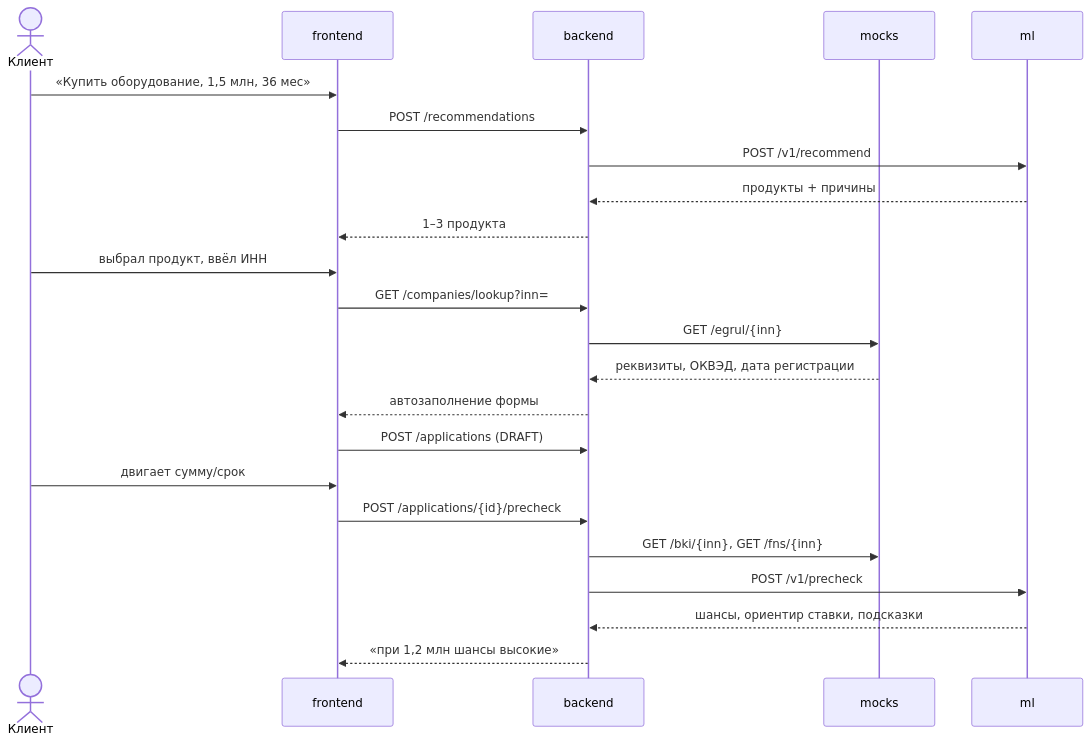
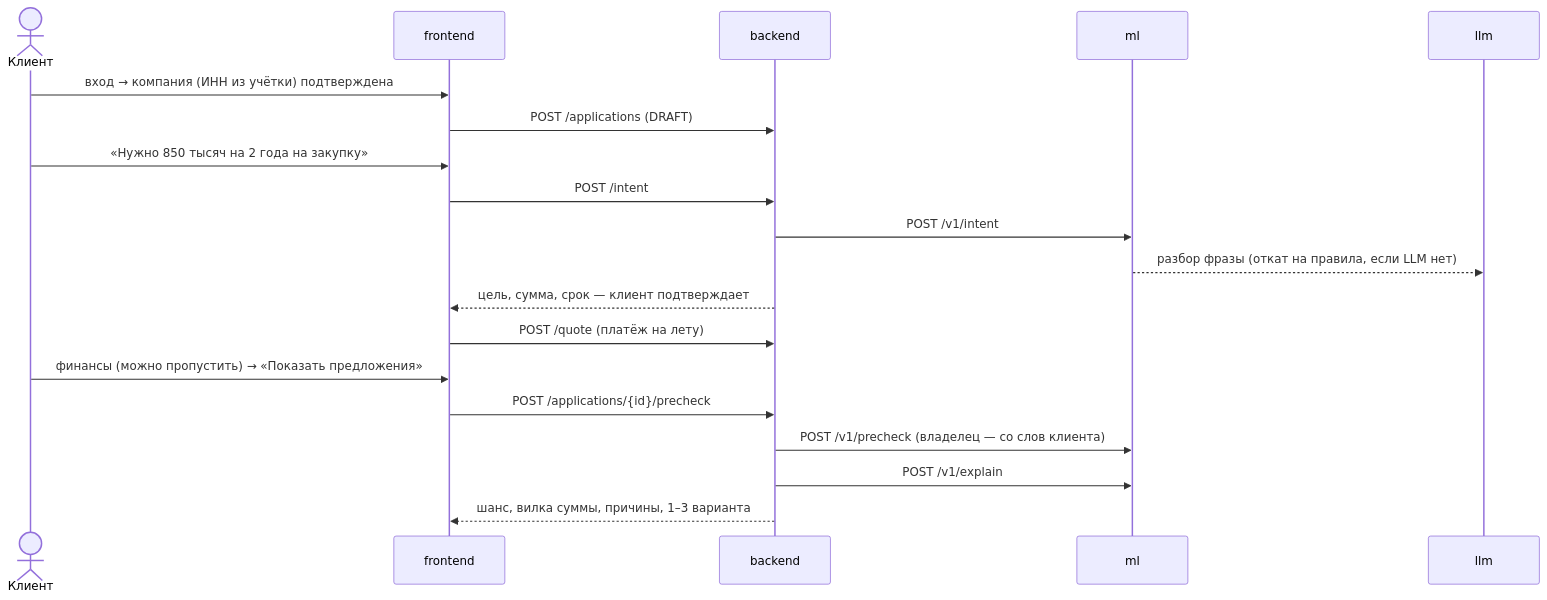
Before and after one commit to worker4556/smart-credit: the third of 7 diagrams in docs/architecture.md, drawn with Mermaid. The commit also changed other lines of this file and 19 other files, not shown here.

````diff
--- a/docs/architecture.md
+++ b/docs/architecture.md
@@ -104,26 +122,22 @@
 ```mermaid
 sequenceDiagram
     actor C as Клиент
     participant FE as frontend
     participant BE as backend
-    participant MK as mocks
     participant ML as ml
+    participant LLM as llm
 
-    C->>FE: «Купить оборудование, 1,5 млн, 36 мес»
-    FE->>BE: POST /recommendations
-    BE->>ML: POST /v1/recommend
-    ML-->>BE: продукты + причины
-    BE-->>FE: 1–3 продукта
-    C->>FE: выбрал продукт, ввёл ИНН
-    FE->>BE: GET /companies/lookup?inn=
-    BE->>MK: GET /egrul/{inn}
-    MK-->>BE: реквизиты, ОКВЭД, дата регистрации
-    BE-->>FE: автозаполнение формы
+    C->>FE: вход → компания (ИНН из учётки) подтверждена
     FE->>BE: POST /applications (DRAFT)
-    C->>FE: двигает сумму/срок
+    C->>FE: «Нужно 850 тысяч на 2 года на закупку»
+    FE->>BE: POST /intent
+    BE->>ML: POST /v1/intent
+    ML-->>LLM: разбор фразы (откат на правила, если LLM нет)
+    BE-->>FE: цель, сумма, срок — клиент подтверждает
+    FE->>BE: POST /quote (платёж на лету)
+    C->>FE: финансы (можно пропустить) → «Показать предложения»
     FE->>BE: POST /applications/{id}/precheck
-    BE->>MK: GET /bki/{inn}, GET /fns/{inn}
-    BE->>ML: POST /v1/precheck
-    ML-->>BE: шансы, ориентир ставки, подсказки
-    BE-->>FE: «при 1,2 млн шансы высокие»
+    BE->>ML: POST /v1/precheck (владелец — со слов клиента)
+    BE->>ML: POST /v1/explain
+    BE-->>FE: шанс, вилка суммы, причины, 1–3 варианта
 ```
````
